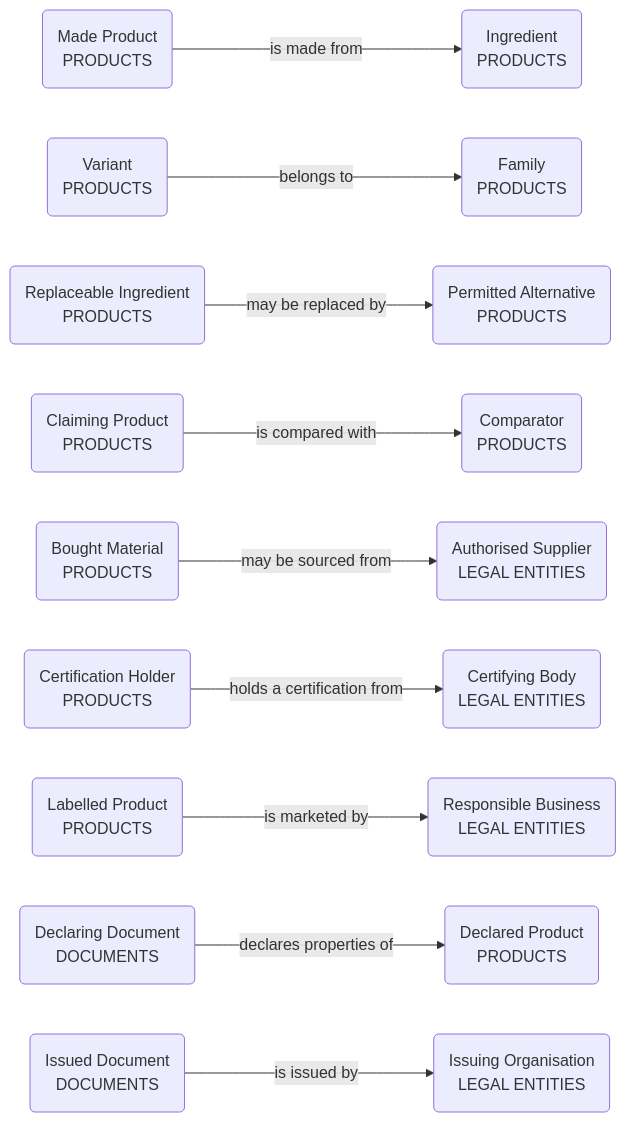
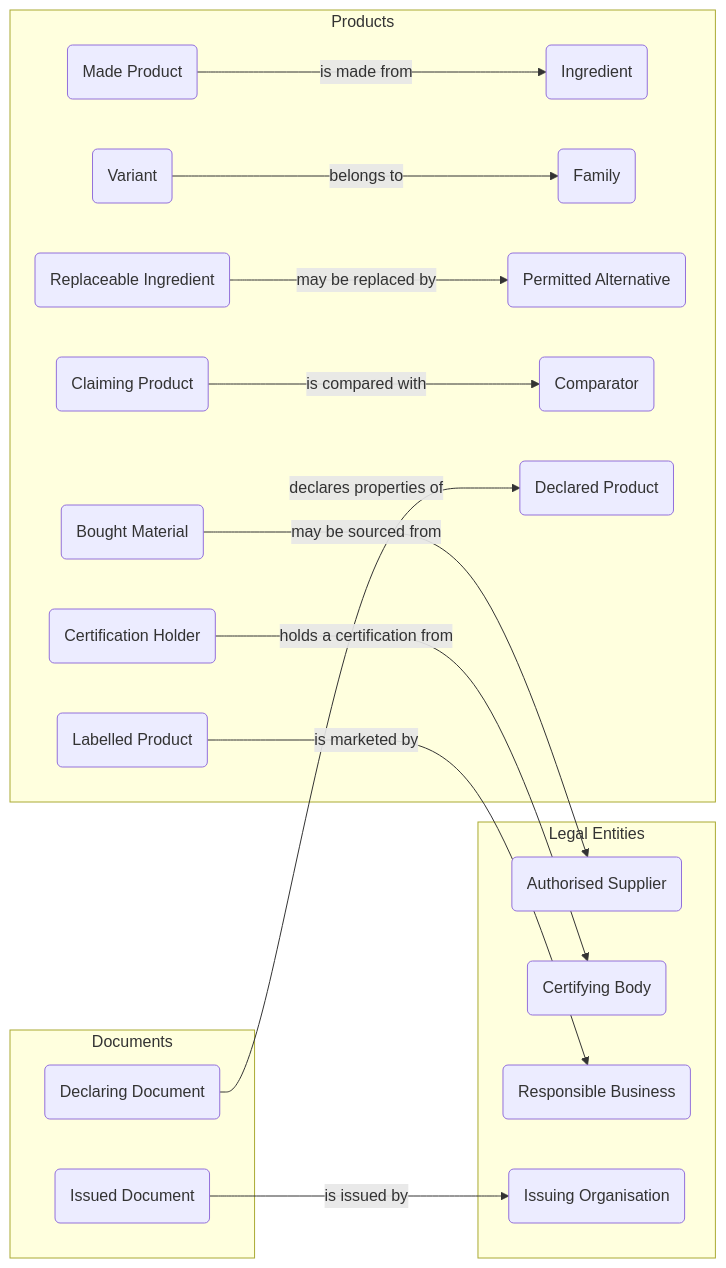
The second of 5 diagrams in docs/data-models/cpg-fnb-product-data-design-document.md (M-A-Operating-System/shared-work), drawn with Mermaid before and after one commit. The commit also changed other lines of this file and 1 other file, not shown here.

````diff
--- a/docs/data-models/cpg-fnb-product-data-design-document.md
+++ b/docs/data-models/cpg-fnb-product-data-design-document.md
@@ -563,30 +571,36 @@
 ```mermaid
 flowchart LR
-  ROL001("Made Product<br>PRODUCTS")
-  ROL002("Ingredient<br>PRODUCTS")
-  ROL003("Variant<br>PRODUCTS")
-  ROL004("Family<br>PRODUCTS")
-  ROL005("Replaceable Ingredient<br>PRODUCTS")
-  ROL006("Permitted Alternative<br>PRODUCTS")
-  ROL007("Claiming Product<br>PRODUCTS")
-  ROL008("Comparator<br>PRODUCTS")
-  ROL009("Bought Material<br>PRODUCTS")
-  ROL010("Authorised Supplier<br>LEGAL ENTITIES")
-  ROL011("Certification Holder<br>PRODUCTS")
-  ROL012("Certifying Body<br>LEGAL ENTITIES")
-  ROL013("Labelled Product<br>PRODUCTS")
-  ROL014("Responsible Business<br>LEGAL ENTITIES")
-  ROL015("Declared Product<br>PRODUCTS")
-  ROL016("Declaring Document<br>DOCUMENTS")
-  ROL017("Issued Document<br>DOCUMENTS")
-  ROL018("Issuing Organisation<br>LEGAL ENTITIES")
+  subgraph SGDOM001["Products"]
+    ROL001("Made Product")
+    ROL002("Ingredient")
+    ROL003("Variant")
+    ROL004("Family")
+    ROL005("Replaceable Ingredient")
+    ROL006("Permitted Alternative")
+    ROL007("Claiming Product")
+    ROL008("Comparator")
+    ROL009("Bought Material")
+    ROL011("Certification Holder")
+    ROL013("Labelled Product")
+    ROL015("Declared Product")
+  end
+  subgraph SGDOM003["Documents"]
+    ROL016("Declaring Document")
+    ROL017("Issued Document")
+  end
+  subgraph SGDOM002["Legal Entities"]
+    ROL010("Authorised Supplier")
+    ROL012("Certifying Body")
+    ROL014("Responsible Business")
+    ROL018("Issuing Organisation")
+  end
   ROL001 -->|is made from| ROL002
   ROL003 -->|belongs to| ROL004
   ROL005 -->|may be replaced by| ROL006
   ROL007 -->|is compared with| ROL008
   ROL009 -->|may be sourced from| ROL010
   ROL011 -->|holds a certification from| ROL012
   ROL013 -->|is marketed by| ROL014
   ROL016 -->|declares properties of| ROL015
   ROL017 -->|is issued by| ROL018
 ```
````
